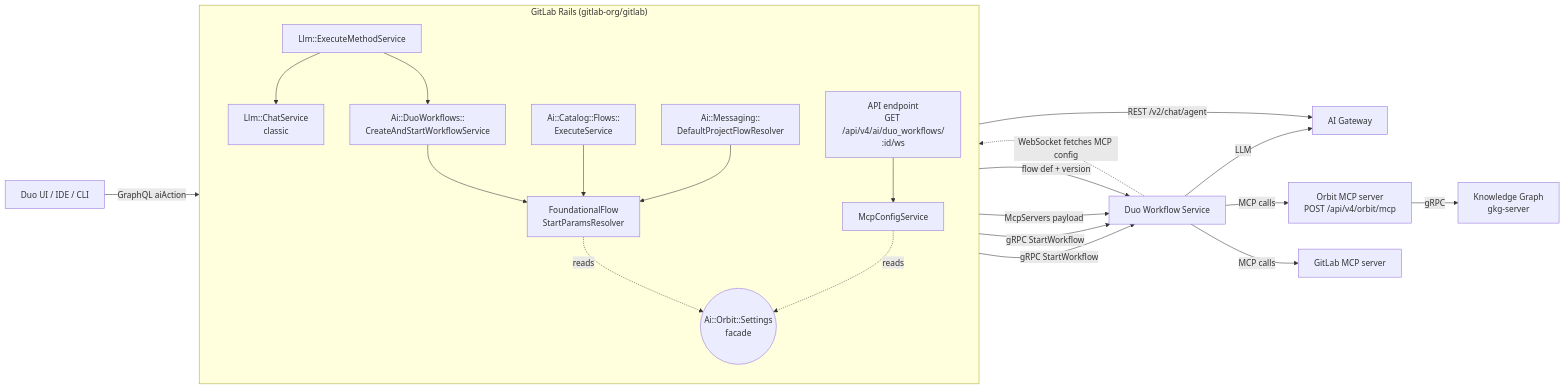
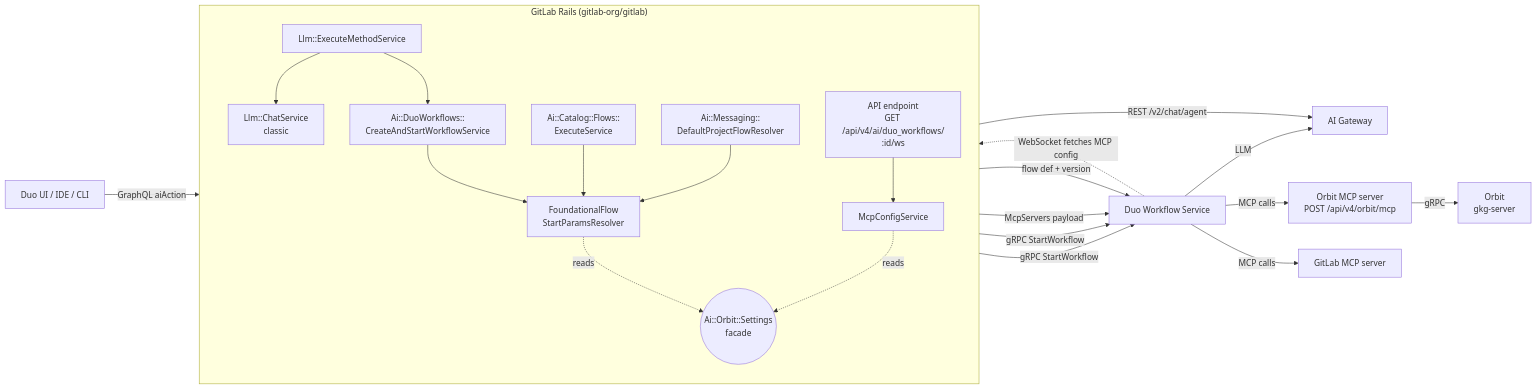
The first of 2 diagrams in docs/design-documents/duo_orbit_prompt_routing.md (gitlabhq/orbit-knowledge-graph), drawn with Mermaid before and after one commit. The commit also changed other lines of this file and 94 other files, not shown here.

Commit message:
docs(orbit): say Orbit instead of Knowledge Graph across prose

````diff
--- a/docs/design-documents/duo_orbit_prompt_routing.md
+++ b/docs/design-documents/duo_orbit_prompt_routing.md
@@ -147,36 +147,36 @@
 ```mermaid
 flowchart LR
     UI[Duo UI / IDE / CLI] -->|GraphQL aiAction| Rails
 
     subgraph Rails["GitLab Rails (gitlab-org/gitlab)"]
         direction TB
         ExecMethod[Llm::ExecuteMethodService]
         ChatSvc[Llm::ChatService<br/>classic]
         CreateWf[Ai::DuoWorkflows::<br/>CreateAndStartWorkflowService]
         ExecFlow[Ai::Catalog::Flows::<br/>ExecuteService]
         DefaultProj[Ai::Messaging::<br/>DefaultProjectFlowResolver]
         WfApi[API endpoint<br/>GET /api/v4/ai/duo_workflows/<br/>:id/ws]
         Resolver[FoundationalFlow<br/>StartParamsResolver]
         McpCfg[McpConfigService]
         Settings((Ai::Orbit::Settings<br/>facade))
         ExecMethod --> ChatSvc
         ExecMethod --> CreateWf
         CreateWf --> Resolver
         ExecFlow --> Resolver
         DefaultProj --> Resolver
         WfApi --> McpCfg
         Resolver -. reads .-> Settings
         McpCfg -. reads .-> Settings
     end
 
     ChatSvc -->|REST /v2/chat/agent| AIGW[AI Gateway]
     CreateWf -->|gRPC StartWorkflow| DWS[Duo Workflow Service]
     ExecFlow -->|gRPC StartWorkflow| DWS
     DWS -. WebSocket fetches MCP config .-> WfApi
     McpCfg -->|McpServers payload| DWS
     Resolver -->|flow def + version| DWS
     DWS -->|MCP calls| OrbitMCP[Orbit MCP server<br/>POST /api/v4/orbit/mcp]
     DWS -->|MCP calls| GitLabMCP[GitLab MCP server]
     DWS -->|LLM| AIGW
-    OrbitMCP -->|gRPC| GKG[Knowledge Graph<br/>gkg-server]
+    OrbitMCP -->|gRPC| GKG[Orbit<br/>gkg-server]
 ```
````
